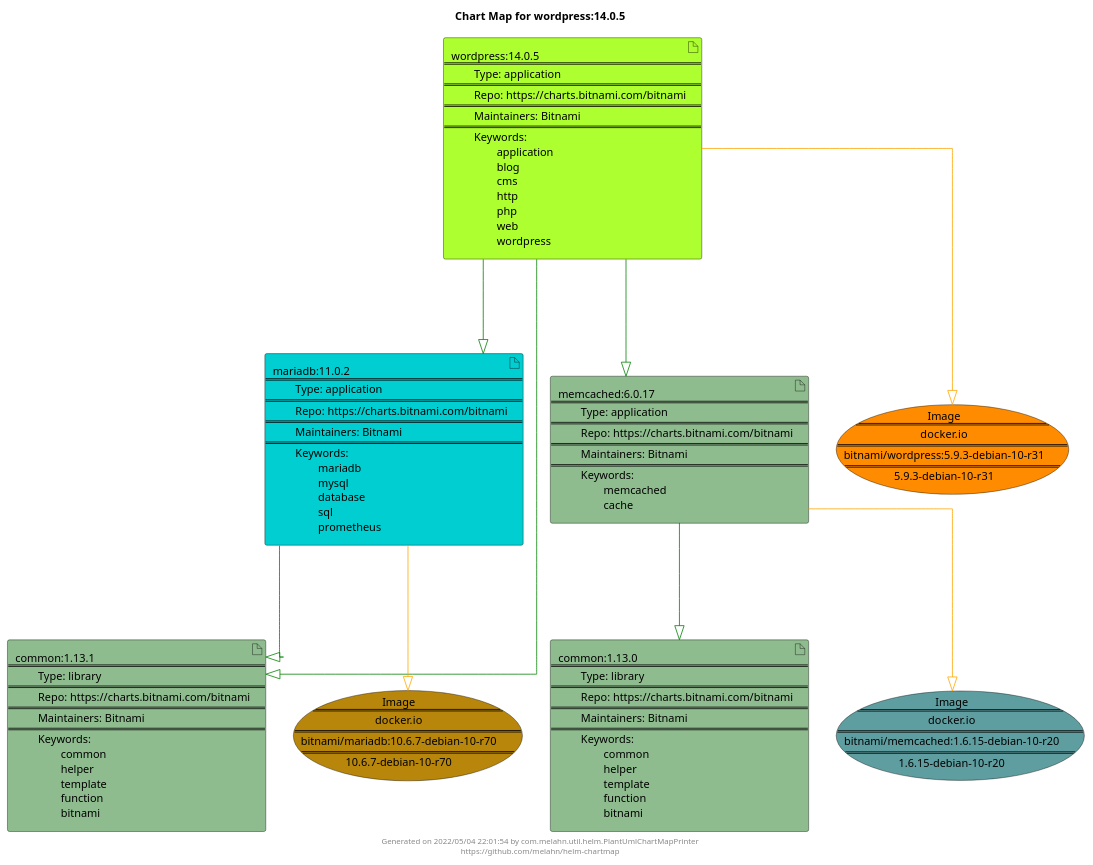
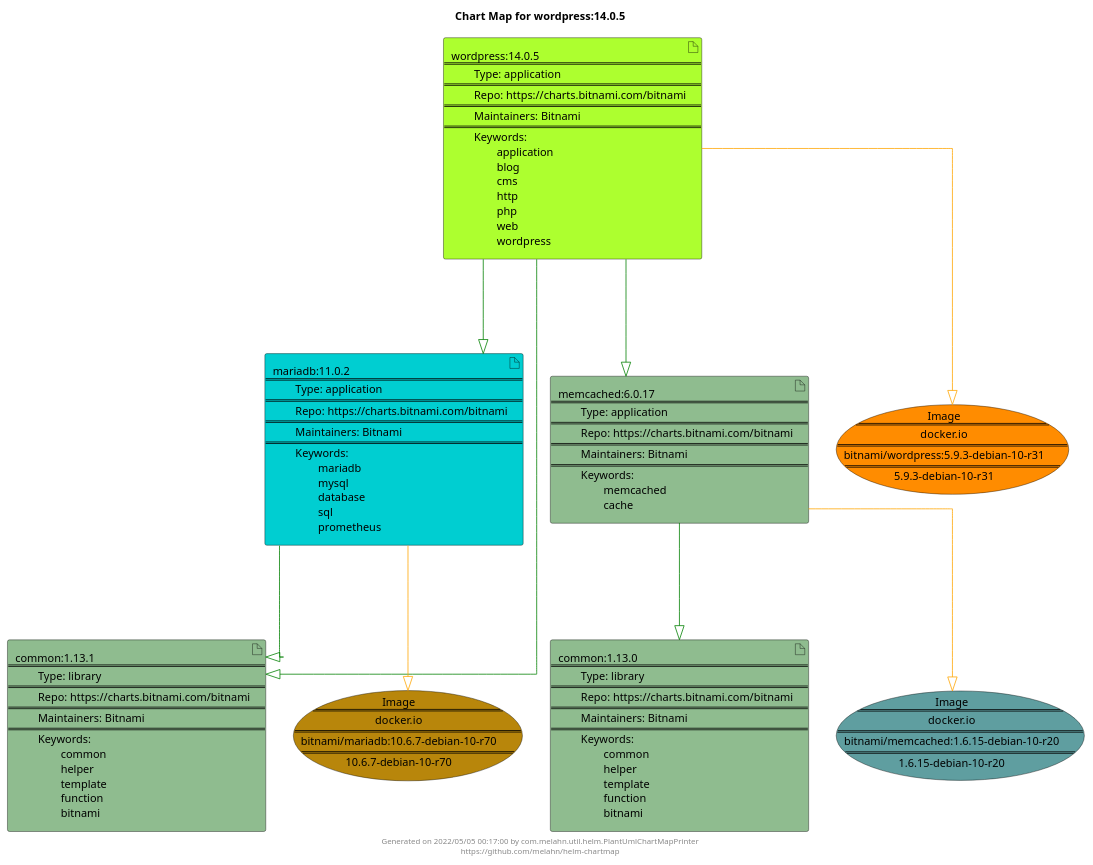
Before and after one commit to melahn/helm-chartmap: the diagram in docs/wordpress/wordpress-14.0.5.puml, drawn with PlantUML. The commit also changed 62 other files, not shown here.

Commit message:
Update Example Chart Maps as part of GitHub build

```diff
--- a/docs/wordpress/wordpress-14.0.5.puml
+++ b/docs/wordpress/wordpress-14.0.5.puml
@@ -1,34 +1,34 @@
 @startuml
 skinparam linetype ortho
 skinparam backgroundColor white
 skinparam usecaseBorderColor black
 skinparam usecaseArrowColor LightSlateGray
 skinparam artifactBorderColor black
 skinparam artifactArrowColor LightSlateGray
 
 title Chart Map for wordpress:14.0.5
 
 'There are 5 referenced Helm Charts
 artifact "common:1.13.1\n====\n\tType: library\n====\n\tRepo: https://charts.bitnami.com/bitnami\n====\n\tMaintainers: Bitnami\n====\n\tKeywords: \n\t\tcommon\n\t\thelper\n\t\ttemplate\n\t\tfunction\n\t\tbitnami" as common_1_13_1 #DarkSeaGreen
 artifact "wordpress:14.0.5\n====\n\tType: application\n====\n\tRepo: https://charts.bitnami.com/bitnami\n====\n\tMaintainers: Bitnami\n====\n\tKeywords: \n\t\tapplication\n\t\tblog\n\t\tcms\n\t\thttp\n\t\tphp\n\t\tweb\n\t\twordpress" as wordpress_14_0_5 #GreenYellow
 artifact "common:1.13.0\n====\n\tType: library\n====\n\tRepo: https://charts.bitnami.com/bitnami\n====\n\tMaintainers: Bitnami\n====\n\tKeywords: \n\t\tcommon\n\t\thelper\n\t\ttemplate\n\t\tfunction\n\t\tbitnami" as common_1_13_0 #DarkSeaGreen
 artifact "mariadb:11.0.2\n====\n\tType: application\n====\n\tRepo: https://charts.bitnami.com/bitnami\n====\n\tMaintainers: Bitnami\n====\n\tKeywords: \n\t\tmariadb\n\t\tmysql\n\t\tdatabase\n\t\tsql\n\t\tprometheus" as mariadb_11_0_2 #DarkTurquoise
 artifact "memcached:6.0.17\n====\n\tType: application\n====\n\tRepo: https://charts.bitnami.com/bitnami\n====\n\tMaintainers: Bitnami\n====\n\tKeywords: \n\t\tmemcached\n\t\tcache" as memcached_6_0_17 #DarkSeaGreen
 
 'There are 3 referenced Docker Images
 usecase "Image\n====\ndocker.io\n====\nbitnami/mariadb:10.6.7-debian-10-r70\n====\n10.6.7-debian-10-r70" as docker_io_bitnami_mariadb_10_6_7_debian_10_r70 #DarkGoldenRod
 usecase "Image\n====\ndocker.io\n====\nbitnami/wordpress:5.9.3-debian-10-r31\n====\n5.9.3-debian-10-r31" as docker_io_bitnami_wordpress_5_9_3_debian_10_r31 #Darkorange
 usecase "Image\n====\ndocker.io\n====\nbitnami/memcached:1.6.15-debian-10-r20\n====\n1.6.15-debian-10-r20" as docker_io_bitnami_memcached_1_6_15_debian_10_r20 #CadetBlue
 
 'Chart Dependencies
-wordpress_14_0_5--[#green]-|>common_1_13_1
 wordpress_14_0_5--[#green]-|>mariadb_11_0_2
 mariadb_11_0_2--[#green]-|>common_1_13_1
 wordpress_14_0_5--[#green]-|>memcached_6_0_17
 memcached_6_0_17--[#green]-|>common_1_13_0
+wordpress_14_0_5--[#green]-|>common_1_13_1
 wordpress_14_0_5--[#orange]-|>docker_io_bitnami_wordpress_5_9_3_debian_10_r31
 mariadb_11_0_2--[#orange]-|>docker_io_bitnami_mariadb_10_6_7_debian_10_r70
 memcached_6_0_17--[#orange]-|>docker_io_bitnami_memcached_1_6_15_debian_10_r20
 
-center footer Generated on 2022/05/04 22:01:54 by com.melahn.util.helm.PlantUmlChartMapPrinter\nhttps://github.com/melahn/helm-chartmap
+center footer Generated on 2022/05/05 00:17:00 by com.melahn.util.helm.PlantUmlChartMapPrinter\nhttps://github.com/melahn/helm-chartmap
 @enduml
```
